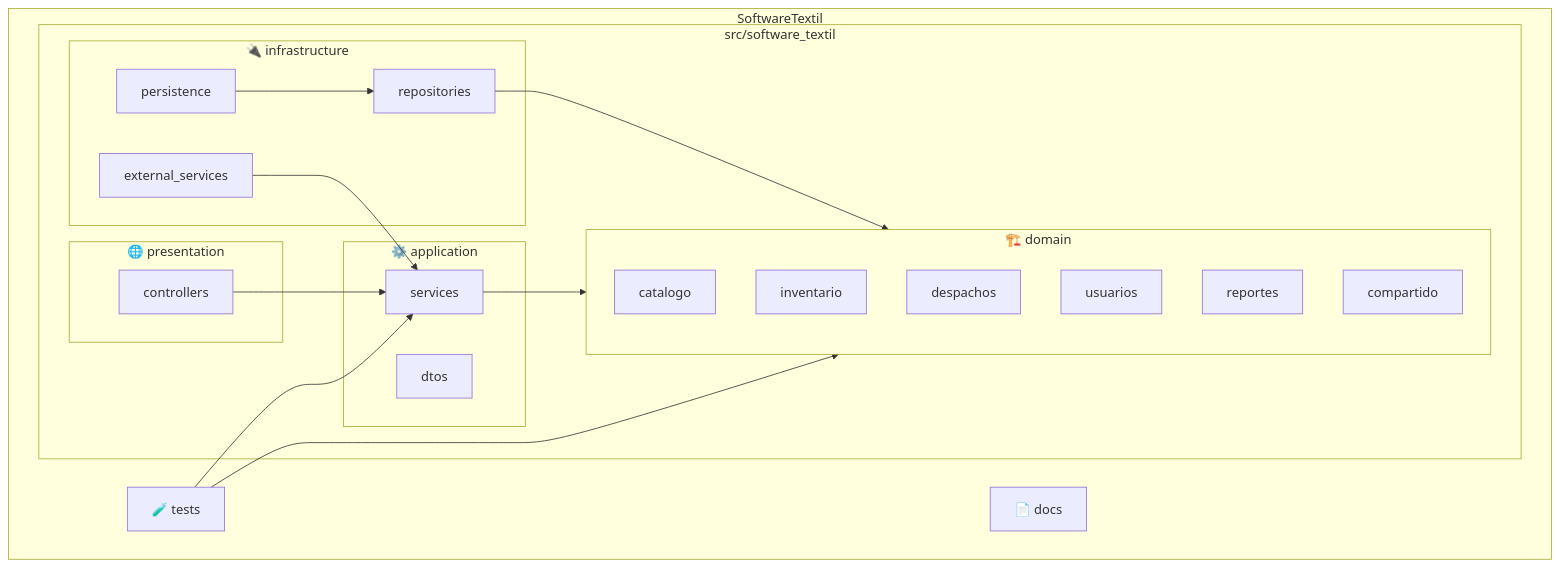
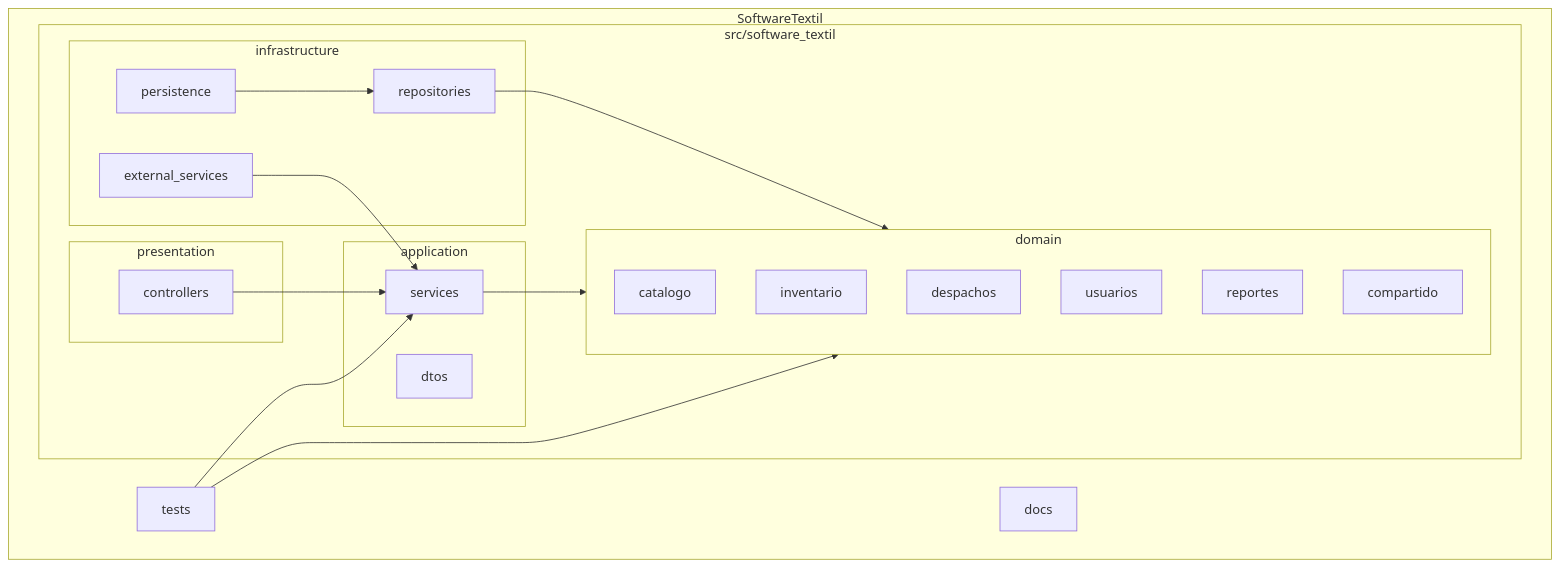
Before and after one commit to javierRock/SoftwareTextil: the ninth of 9 diagrams in README.md, drawn with Mermaid. The commit also changed other lines of this file, not shown here.

````diff
--- a/README.md
+++ b/README.md
@@ -818,41 +669,41 @@
 ```mermaid
 flowchart TB
     subgraph Root["SoftwareTextil"]
-        Docs["📄 docs"]
-        Tests["🧪 tests"]
+        Docs["docs"]
+        Tests["tests"]
 
         subgraph Src["src/software_textil"]
-            subgraph Presentation["🌐 presentation"]
+            subgraph Presentation["presentation"]
                 Controllers["controllers"]
             end
 
-            subgraph Application["⚙️ application"]
+            subgraph Application["application"]
                 Services["services"]
                 DTOs["dtos"]
             end
 
-            subgraph Domain["🏗️ domain"]
+            subgraph Domain["domain"]
                 Catalogo["catalogo"]
                 Inventario["inventario"]
                 Despachos["despachos"]
                 Usuarios["usuarios"]
                 Reportes["reportes"]
                 Compartido["compartido"]
             end
 
-            subgraph Infrastructure["🔌 infrastructure"]
+            subgraph Infrastructure["infrastructure"]
                 Persistence["persistence"]
                 Repositories["repositories"]
                 ApiExternal["external_services"]
             end
         end
     end
 
     Controllers --> Services
     Services --> Domain
     Repositories --> Domain
     Persistence --> Repositories
     ApiExternal --> Services
     Tests --> Domain
     Tests --> Services
 ```
````
